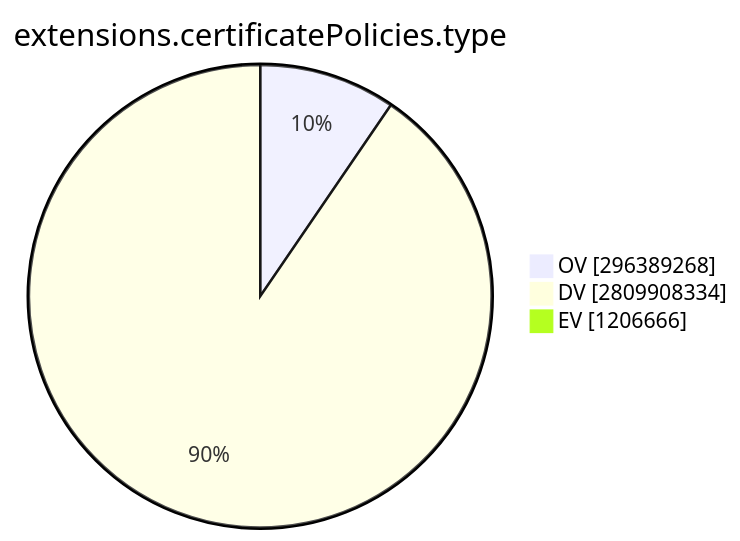
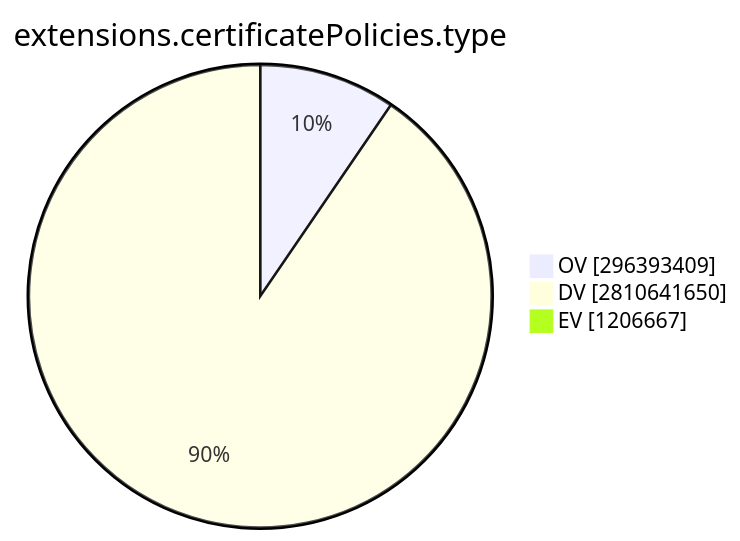
The ninth of 15 diagrams in TOTAL/README.md (christiankrug/ctmonitor_visualization), drawn with Mermaid before and after one commit. The commit also changed other lines of this file, not shown here.

````diff
--- a/TOTAL/README.md
+++ b/TOTAL/README.md
@@ -3099,7 +3099,7 @@
 ```mermaid
 pie showData
 title extensions.certificatePolicies.type
-"OV" :296389268
-"DV" :2809908334
-"EV" :1206666
+"OV" :296393409
+"DV" :2810641650
+"EV" :1206667
 ```
````
